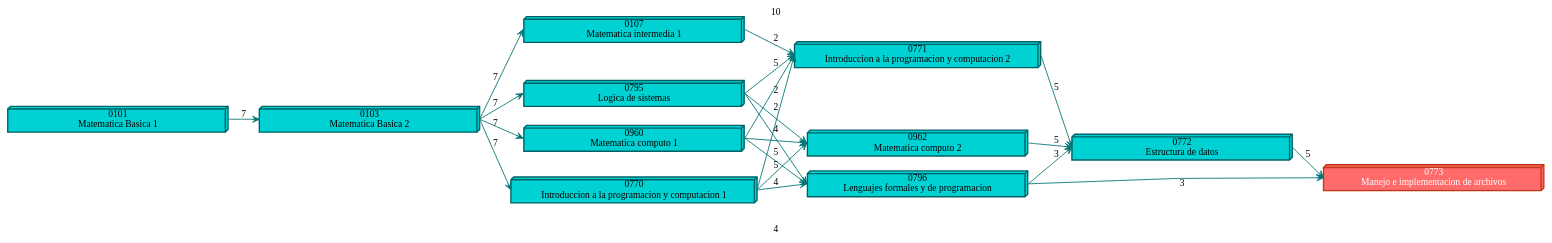
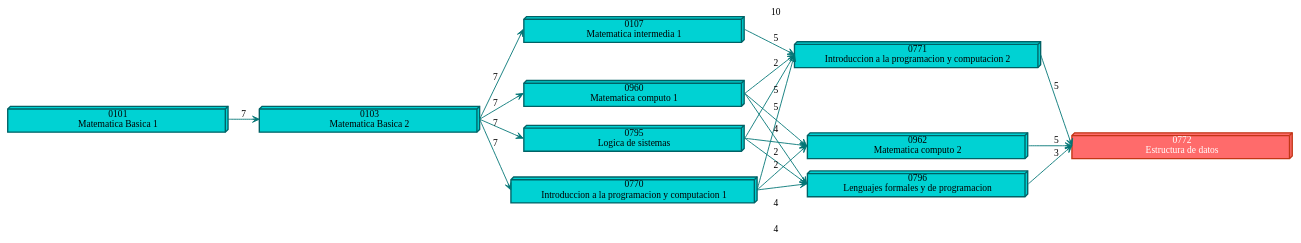
One commit to DanielDubonDR/EDD_SmartClass_201901772 changed the diagram in Fase_3/Archivos_dot/graph.dot. Above: the diagram before and after it, drawn with Graphviz. The commit also changed 5 other files, not shown here.

```diff
--- a/Fase_3/Archivos_dot/graph.dot
+++ b/Fase_3/Archivos_dot/graph.dot
@@ -1,39 +1,36 @@
 
 
 digraph G {
 rankdir=RL;
 splines=false;
 node[shape=box3d color="#006266" style = "filled" fillcolor = "#00d2d3" penwidth=2 width=4.5]
 edge[color="#027575" penwidth=1.3 dir="back" arrowtail="vee"]; 
-n0773 [label="0773\nManejo e implementacion de archivos" shape=box3d color="#c23616" style="filled" fillcolor="#ff6b6b" fontcolor=white penwidth=2]
-n0773 -> n0772[label="5" tailport=w headport=e];
-n0773 -> n0796[label="3" tailport=w headport=e];
-n0772 [label="0772\nEstructura de datos"]
+n0772 [label="0772\nEstructura de datos" shape=box3d color="#c23616" style="filled" fillcolor="#ff6b6b" fontcolor=white penwidth=2]
 n0772 -> n0771[label="5" tailport=w headport=e];
 n0772 -> n0796[label="3" tailport=w headport=e];
 n0772 -> n0962[label="5" tailport=w headport=e];
-n0796 [label="0796\nLenguajes formales y de programacion"]
-n0796 -> n0770[label="4" tailport=w headport=e];
-n0796 -> n0795[label="2" tailport=w headport=e];
-n0796 -> n0960[label="5" tailport=w headport=e];
 n0771 [label="0771\nIntroduccion a la programacion y computacion 2"]
 n0771 -> n0107[label="10" tailport=w headport=e];
 n0771 -> n0770[label="4" tailport=w headport=e];
 n0771 -> n0795[label="2" tailport=w headport=e];
 n0771 -> n0960[label="5" tailport=w headport=e];
+n0796 [label="0796\nLenguajes formales y de programacion"]
+n0796 -> n0770[label="4" tailport=w headport=e];
+n0796 -> n0795[label="2" tailport=w headport=e];
+n0796 -> n0960[label="5" tailport=w headport=e];
 n0962 [label="0962\nMatematica computo 2"]
 n0962 -> n0770[label="4" tailport=w headport=e];
 n0962 -> n0795[label="2" tailport=w headport=e];
 n0962 -> n0960[label="5" tailport=w headport=e];
+n0107 [label="0107\nMatematica intermedia 1"]
+n0107 -> n0103[label="7" tailport=w headport=e];
 n0770 [label="0770\nIntroduccion a la programacion y computacion 1"]
 n0770 -> n0103[label="7" tailport=w headport=e];
 n0795 [label="0795\nLogica de sistemas"]
 n0795 -> n0103[label="7" tailport=w headport=e];
 n0960 [label="0960\nMatematica computo 1"]
 n0960 -> n0103[label="7" tailport=w headport=e];
-n0107 [label="0107\nMatematica intermedia 1"]
-n0107 -> n0103[label="7" tailport=w headport=e];
 n0103 [label="0103\nMatematica Basica 2"]
 n0103 -> n0101[label="7" tailport=w headport=e];
 n0101 [label="0101\nMatematica Basica 1"]
 }
```
